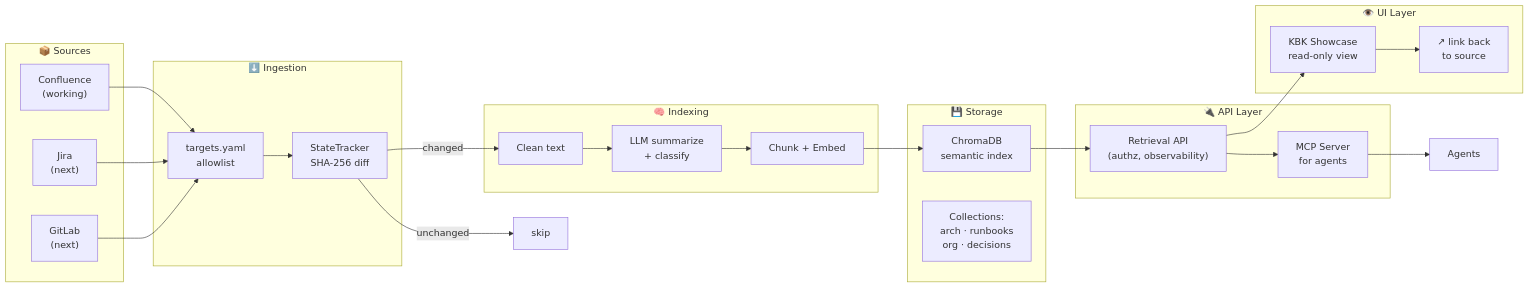
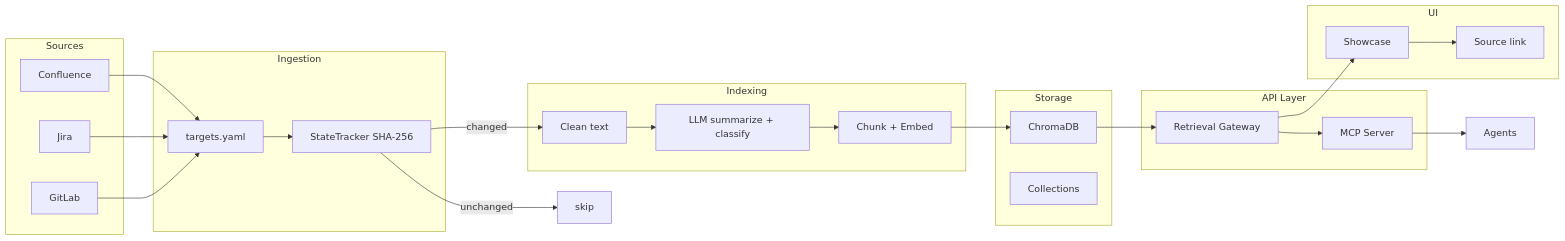
The diagram in docs/ADR-0001-v03-memorybank.md (Wendigooor/knowledge-base-kit), drawn with Mermaid before and after one commit. The commit also changed 9 other files, not shown here.

First line of the commit message:
cleanup: docs folder, README v0.3, Mermaid fix

````diff
--- a/docs/ADR-0001-v03-memorybank.md
+++ b/docs/ADR-0001-v03-memorybank.md
@@ -24,47 +24,47 @@
 ```mermaid
 flowchart LR
-    subgraph Sources["📦 Sources"]
-        C["Confluence\n(working)"] 
-        J["Jira\n(next)"]
-        G["GitLab\n(next)"]
+    subgraph Sources["Sources"]
+        C["Confluence"]
+        J["Jira"]
+        G["GitLab"]
     end
 
-    subgraph Ingestion["⬇️ Ingestion"]
-        T["targets.yaml\nallowlist"]
-        S["StateTracker\nSHA-256 diff"]
+    subgraph Ingestion["Ingestion"]
+        T["targets.yaml"]
+        S["StateTracker SHA-256"]
     end
 
-    subgraph Indexing["🧠 Indexing"]
+    subgraph Indexing["Indexing"]
         CL["Clean text"]
-        L["LLM summarize\n+ classify"]
+        L["LLM summarize + classify"]
         CH["Chunk + Embed"]
     end
 
-    subgraph Storage["💾 Storage"]
-        DB["ChromaDB\nsemantic index"]
-        COLL["Collections:\narch · runbooks\norg · decisions"]
+    subgraph Storage["Storage"]
+        DB["ChromaDB"]
+        COLL["Collections"]
     end
 
-    subgraph API["🔌 API Layer"]
-        GW["Retrieval API\n(authz, observability)"]
-        MCP["MCP Server\nfor agents"]
+    subgraph API_Layer["API Layer"]
+        GW["Retrieval Gateway"]
+        MCP["MCP Server"]
     end
 
-    subgraph UI["👁️ UI Layer"]
-        V["KBK Showcase\nread-only view"]
-        LINK["↗ link back\nto source"]
+    subgraph UI["UI"]
+        V["Showcase"]
+        LINK["Source link"]
     end
 
     C --> T
     J --> T
     G --> T
     T --> S
     S -->|changed| CL
     S -->|unchanged| SKIP["skip"]
     CL --> L --> CH --> DB
     DB --> GW
     GW --> MCP
     GW --> V
     MCP --> A["Agents"]
     V --> LINK
 ```
````
